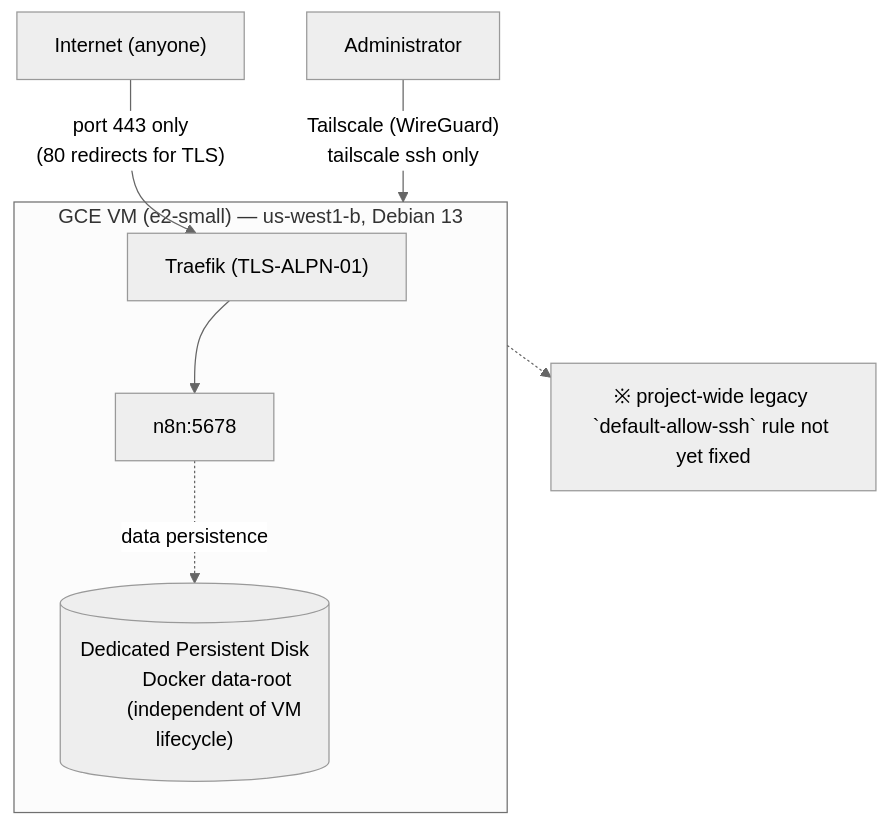
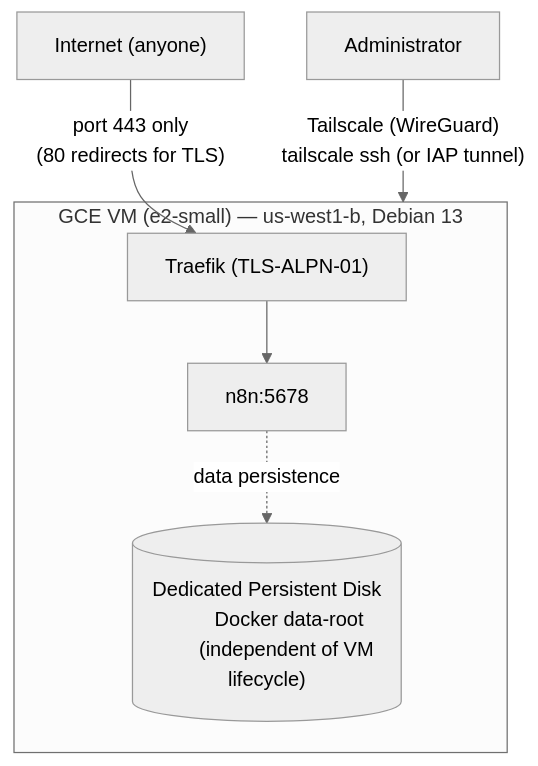
Before and after one commit to kuchida1981/n8n-ops: the diagram in README.md, drawn with Mermaid (neutral theme). The commit also changed other lines of this file and 4 other files, not shown here.

First line of the commit message:
docs: reflect that default-allow-ssh is disabled

````diff
--- a/README.md
+++ b/README.md
@@ -16,24 +16,22 @@
 ```mermaid
 flowchart TB
     internet["Internet (anyone)"]
     admin["Administrator"]
 
     subgraph vm["GCE VM (e2-small) — us-west1-b, Debian 13"]
         traefik["Traefik (TLS-ALPN-01)"]
         n8n["n8n:5678"]
         disk[("Dedicated Persistent Disk
         Docker data-root
         (independent of VM lifecycle)")]
 
         traefik --> n8n
         n8n -.data persistence.-> disk
     end
 
     internet -- "port 443 only
     (80 redirects for TLS)" --> traefik
     admin -- "Tailscale (WireGuard)
-    tailscale ssh only" --> vm
+    tailscale ssh (or IAP tunnel)" --> vm
 
-    note["※ project-wide legacy `default-allow-ssh` rule not yet fixed"]
-    vm -.-> note
 ```
````
